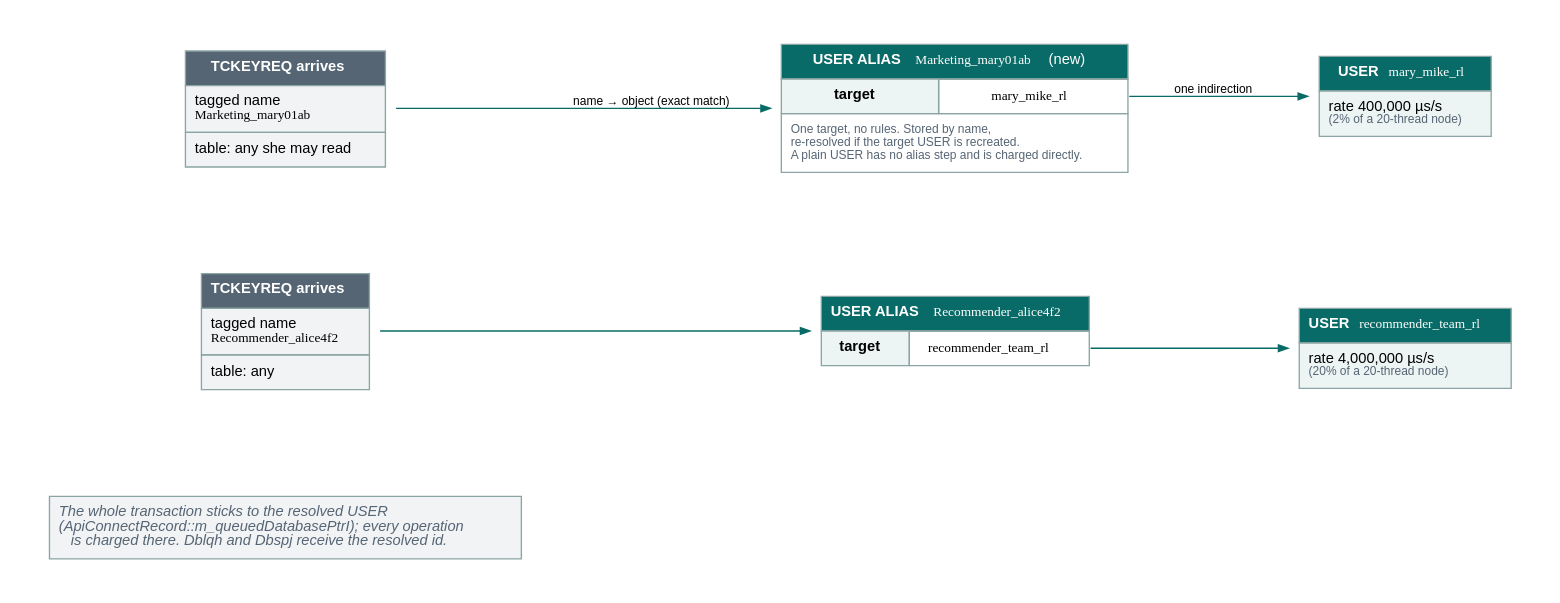
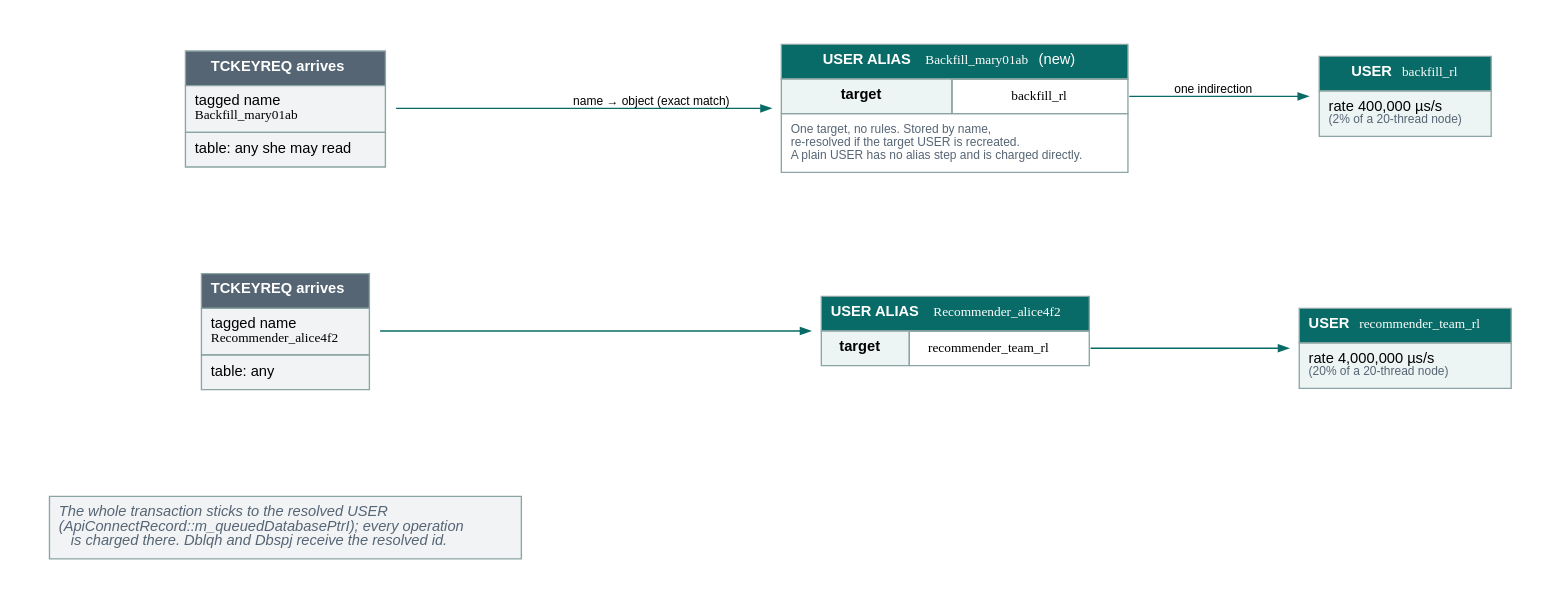
Before and after one commit to logicalclocks/rondb: the diagram in storage/ndb/rest-server2/server/docs/rate-limit-groups/img/v2/kernel-resolution.dot, drawn with Graphviz. The commit also changed 32 other files, not shown here.

```diff
--- a/storage/ndb/rest-server2/server/docs/rate-limit-groups/img/v2/kernel-resolution.dot
+++ b/storage/ndb/rest-server2/server/docs/rate-limit-groups/img/v2/kernel-resolution.dot
@@ -1,64 +1,64 @@
 digraph kernelres {
   rankdir=LR;
   graph [fontname="Helvetica", fontsize=11, pad=0.3, nodesep=0.5, ranksep=0.6, bgcolor="white"];
   node  [shape=plaintext, fontname="Helvetica", fontsize=11];
   edge  [fontname="Helvetica", fontsize=9, color="#096b67", arrowsize=0.7, penwidth=1.1];
 
-  /* ---- example 1: Mary, any table she may read ---- */
+  /* ---- example 1: Mary's Backfill account, any table she may read ---- */
   in1 [label=<
 <TABLE BORDER="0" CELLBORDER="1" CELLSPACING="0" CELLPADDING="6" COLOR="#8aa5a3">
  <TR><TD BGCOLOR="#566574"><FONT COLOR="white"><B>TCKEYREQ arrives</B></FONT></TD></TR>
- <TR><TD BGCOLOR="#f1f3f5" ALIGN="LEFT">tagged name<BR ALIGN="LEFT"/><FONT FACE="Menlo" POINT-SIZE="10">Marketing_mary01ab</FONT></TD></TR>
+ <TR><TD BGCOLOR="#f1f3f5" ALIGN="LEFT">tagged name<BR ALIGN="LEFT"/><FONT FACE="Menlo" POINT-SIZE="10">Backfill_mary01ab</FONT></TD></TR>
  <TR><TD BGCOLOR="#f1f3f5" ALIGN="LEFT">table: any she may read</TD></TR>
 </TABLE>>];
 
   alias1 [label=<
 <TABLE BORDER="0" CELLBORDER="1" CELLSPACING="0" CELLPADDING="6" COLOR="#8aa5a3">
- <TR><TD COLSPAN="2" BGCOLOR="#096b67"><FONT COLOR="white"><B>USER ALIAS</B> <FONT FACE="Menlo" POINT-SIZE="10">Marketing_mary01ab</FONT> (new)</FONT></TD></TR>
- <TR><TD BGCOLOR="#edf4f4"><B>target</B></TD><TD PORT="r1"><FONT FACE="Menlo" POINT-SIZE="10">mary_mike_rl</FONT></TD></TR>
+ <TR><TD COLSPAN="2" BGCOLOR="#096b67"><FONT COLOR="white"><B>USER ALIAS</B> <FONT FACE="Menlo" POINT-SIZE="10">Backfill_mary01ab</FONT> (new)</FONT></TD></TR>
+ <TR><TD BGCOLOR="#edf4f4"><B>target</B></TD><TD PORT="r1"><FONT FACE="Menlo" POINT-SIZE="10">backfill_rl</FONT></TD></TR>
  <TR><TD COLSPAN="2" ALIGN="LEFT"><FONT POINT-SIZE="9" COLOR="#566574">One target, no rules. Stored by name,<BR ALIGN="LEFT"/>re-resolved if the target USER is recreated.<BR ALIGN="LEFT"/>A plain USER has no alias step and is charged directly.</FONT></TD></TR>
 </TABLE>>];
 
   user1 [label=<
 <TABLE BORDER="0" CELLBORDER="1" CELLSPACING="0" CELLPADDING="6" COLOR="#8aa5a3">
- <TR><TD BGCOLOR="#096b67"><FONT COLOR="white"><B>USER</B> <FONT FACE="Menlo" POINT-SIZE="10">mary_mike_rl</FONT></FONT></TD></TR>
+ <TR><TD BGCOLOR="#096b67"><FONT COLOR="white"><B>USER</B> <FONT FACE="Menlo" POINT-SIZE="10">backfill_rl</FONT></FONT></TD></TR>
  <TR><TD BGCOLOR="#edf4f4" ALIGN="LEFT">rate 400,000 µs/s<BR ALIGN="LEFT"/><FONT POINT-SIZE="9" COLOR="#566574">(2% of a 20-thread node)</FONT></TD></TR>
 </TABLE>>];
 
   in1 -> alias1 [label="name → object (exact match)"];
   alias1:r1 -> user1 [label="one indirection"];
 
   /* ---- example 2: Alice ---- */
   in2 [label=<
 <TABLE BORDER="0" CELLBORDER="1" CELLSPACING="0" CELLPADDING="6" COLOR="#8aa5a3">
  <TR><TD BGCOLOR="#566574"><FONT COLOR="white"><B>TCKEYREQ arrives</B></FONT></TD></TR>
  <TR><TD BGCOLOR="#f1f3f5" ALIGN="LEFT">tagged name<BR ALIGN="LEFT"/><FONT FACE="Menlo" POINT-SIZE="10">Recommender_alice4f2</FONT></TD></TR>
  <TR><TD BGCOLOR="#f1f3f5" ALIGN="LEFT">table: any</TD></TR>
 </TABLE>>];
 
   alias2 [label=<
 <TABLE BORDER="0" CELLBORDER="1" CELLSPACING="0" CELLPADDING="6" COLOR="#8aa5a3">
  <TR><TD COLSPAN="2" BGCOLOR="#096b67"><FONT COLOR="white"><B>USER ALIAS</B> <FONT FACE="Menlo" POINT-SIZE="10">Recommender_alice4f2</FONT></FONT></TD></TR>
  <TR><TD BGCOLOR="#edf4f4"><B>target</B></TD><TD PORT="r1"><FONT FACE="Menlo" POINT-SIZE="10">recommender_team_rl</FONT></TD></TR>
 </TABLE>>];
 
   user2 [label=<
 <TABLE BORDER="0" CELLBORDER="1" CELLSPACING="0" CELLPADDING="6" COLOR="#8aa5a3">
  <TR><TD BGCOLOR="#096b67"><FONT COLOR="white"><B>USER</B> <FONT FACE="Menlo" POINT-SIZE="10">recommender_team_rl</FONT></FONT></TD></TR>
  <TR><TD BGCOLOR="#edf4f4" ALIGN="LEFT">rate 4,000,000 µs/s<BR ALIGN="LEFT"/><FONT POINT-SIZE="9" COLOR="#566574">(20% of a 20-thread node)</FONT></TD></TR>
 </TABLE>>];
 
   in2 -> alias2;
   alias2:r1 -> user2;
 
   note [label=<
 <TABLE BORDER="0" CELLBORDER="1" CELLSPACING="0" CELLPADDING="6" COLOR="#8aa5a3">
  <TR><TD BGCOLOR="#f1f3f5" ALIGN="LEFT"><FONT COLOR="#566574"><I>The whole transaction sticks to the resolved USER<BR ALIGN="LEFT"/>(ApiConnectRecord::m_queuedDatabasePtrI); every operation<BR ALIGN="LEFT"/>is charged there. Dblqh and Dbspj receive the resolved id.</I></FONT></TD></TR>
 </TABLE>>];
 
   { rank=same; in1; in2; note; }
   { rank=same; alias1; alias2; }
   { rank=same; user1; user2; }
   in1 -> in2 [style=invis];
   in2 -> note [style=invis];
 }
```
